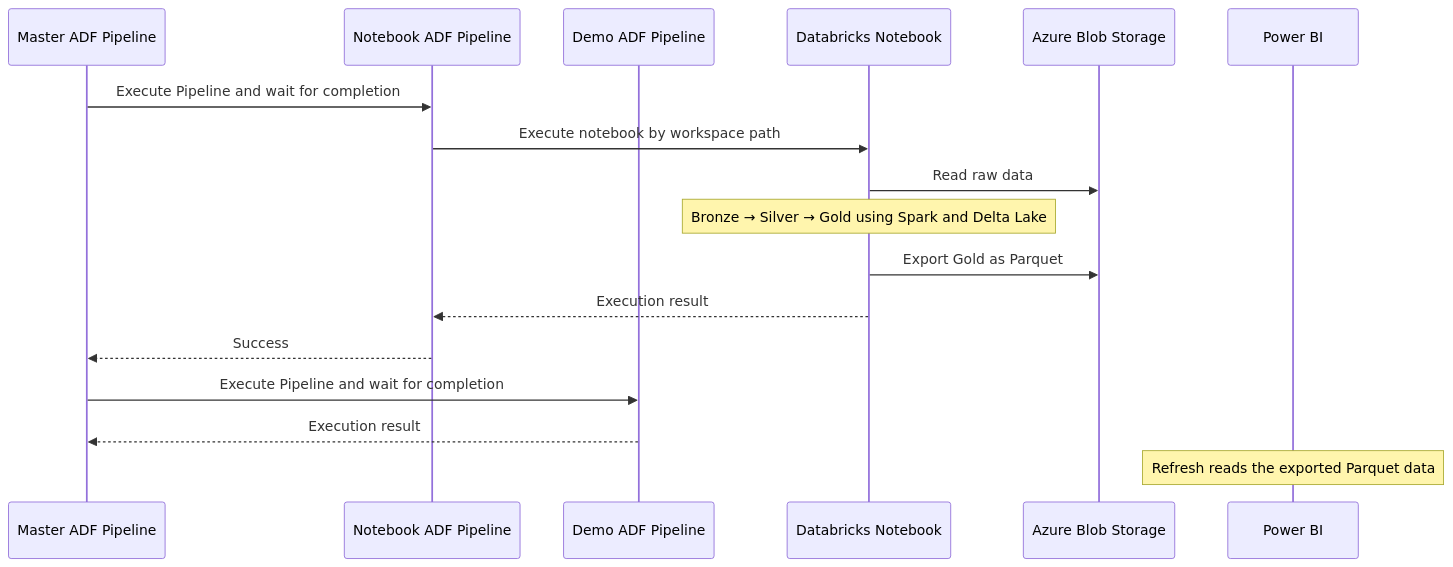
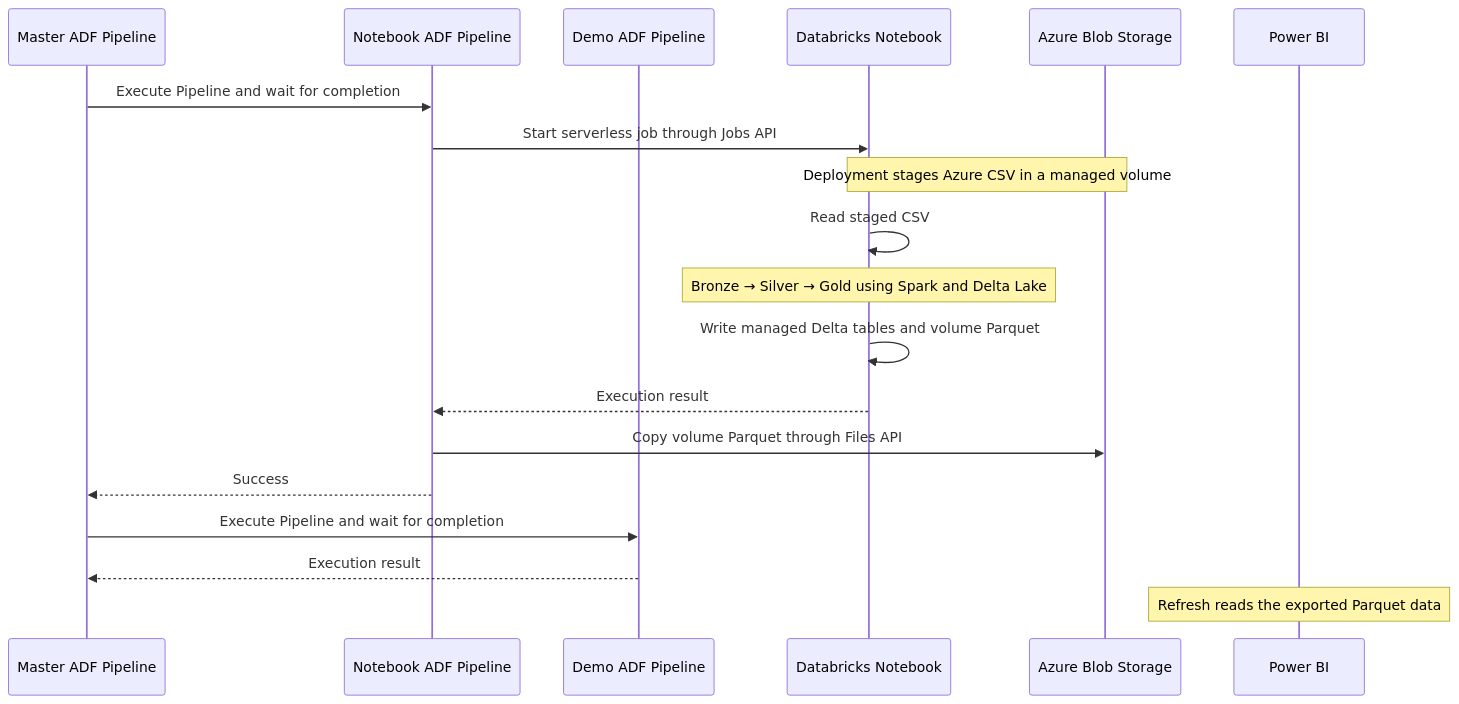
One commit to thangbuiq/azure-databricks-analyst-bootcamp changed the diagram in README.md. Above: the diagram before and after it, drawn with Mermaid. The commit also changed other lines of this file and 12 other files, not shown here.

````diff
--- a/README.md
+++ b/README.md
@@ -52,20 +52,22 @@
 ```mermaid
 sequenceDiagram
     participant Parent as Master ADF Pipeline
     participant Child as Notebook ADF Pipeline
     participant Demo as Demo ADF Pipeline
     participant Notebook as Databricks Notebook
     participant Blob as Azure Blob Storage
     participant PBI as Power BI
 
     Parent->>Child: Execute Pipeline and wait for completion
-    Child->>Notebook: Execute notebook by workspace path
-    Notebook->>Blob: Read raw data
+    Child->>Notebook: Start serverless job through Jobs API
+    Note over Notebook,Blob: Deployment stages Azure CSV in a managed volume
+    Notebook->>Notebook: Read staged CSV
     Note over Notebook: Bronze → Silver → Gold using Spark and Delta Lake
-    Notebook->>Blob: Export Gold as Parquet
+    Notebook->>Notebook: Write managed Delta tables and volume Parquet
     Notebook-->>Child: Execution result
+    Child->>Blob: Copy volume Parquet through Files API
     Child-->>Parent: Success
     Parent->>Demo: Execute Pipeline and wait for completion
     Demo-->>Parent: Execution result
     Note over PBI: Refresh reads the exported Parquet data
 ```
````
